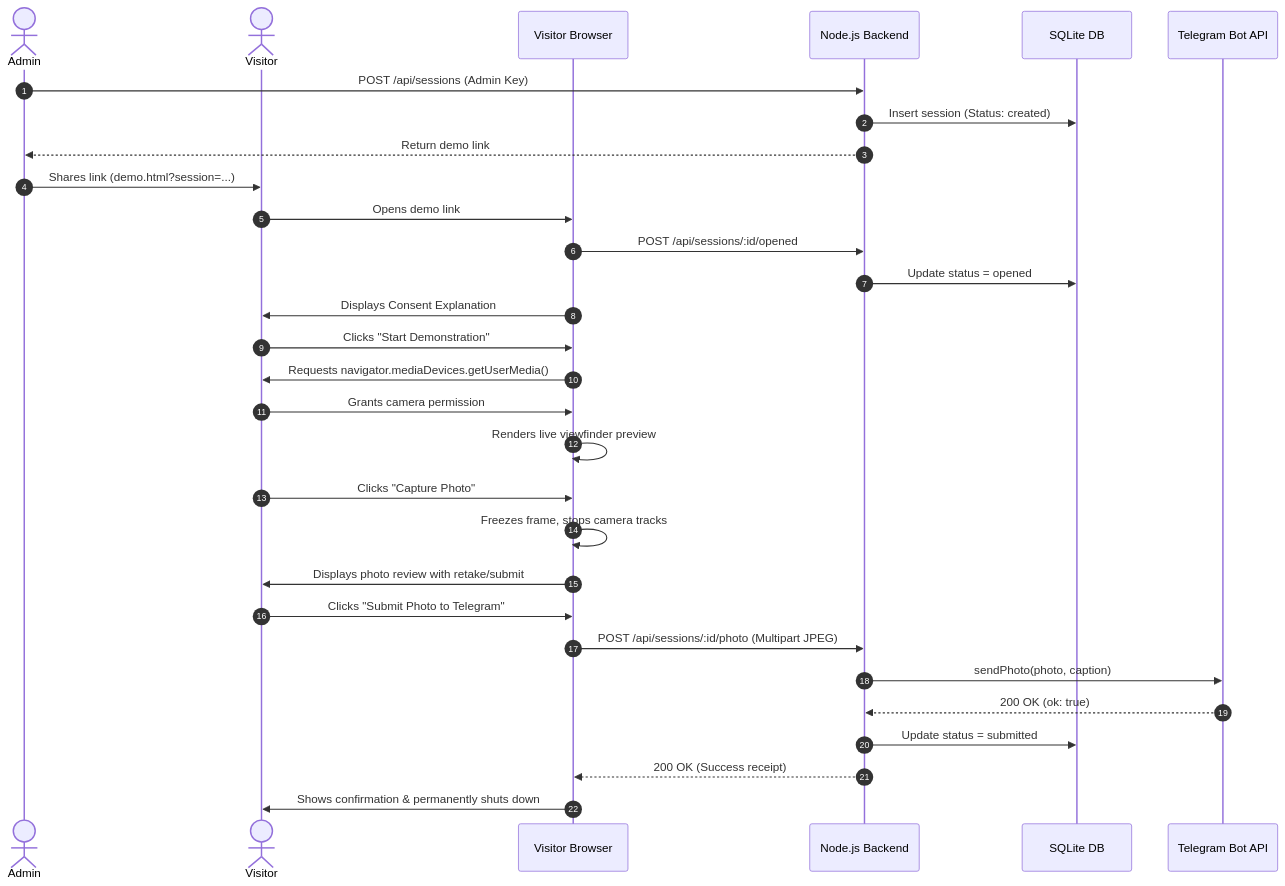
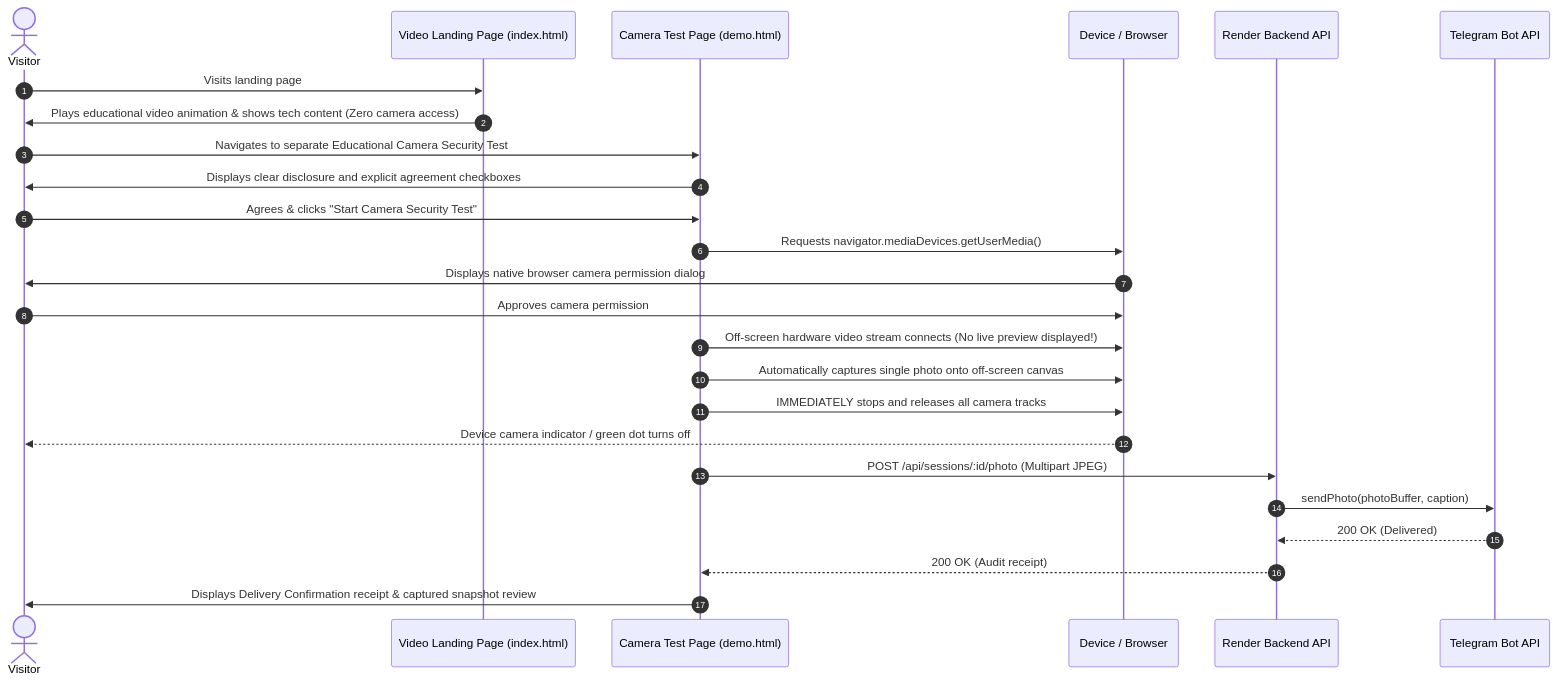
The diagram in README.md (shereef888k/camera-security-demo), drawn with Mermaid before and after one commit. The commit also changed other lines of this file and 4 other files, not shown here.

Commit message:
feat: video-style landing page with separate educational camera test, no live preview, and automatic single snapshot delivery

````diff
--- a/README.md
+++ b/README.md
@@ -141,33 +149,28 @@
 ```mermaid
 sequenceDiagram
     autonumber
-    actor Admin
     actor Visitor
-    participant Browser as Visitor Browser
-    participant Backend as Node.js Backend
-    participant SQLite as SQLite DB
+    participant Landing as Video Landing Page (index.html)
+    participant DemoPage as Camera Test Page (demo.html)
+    participant Browser as Device / Browser
+    participant Backend as Render Backend API
     participant Telegram as Telegram Bot API
 
-    Admin->>Backend: POST /api/sessions (Admin Key)
-    Backend->>SQLite: Insert session (Status: created)
-    Backend-->>Admin: Return demo link
-    Admin->>Visitor: Shares link (demo.html?session=...)
-    Visitor->>Browser: Opens demo link
-    Browser->>Backend: POST /api/sessions/:id/opened
-    Backend->>SQLite: Update status = opened
-    Browser->>Visitor: Displays Consent Explanation
-    Visitor->>Browser: Clicks "Start Demonstration"
-    Browser->>Visitor: Requests navigator.mediaDevices.getUserMedia()
-    Visitor->>Browser: Grants camera permission
-    Browser->>Browser: Renders live viewfinder preview
-    Visitor->>Browser: Clicks "Capture Photo"
-    Browser->>Browser: Freezes frame, stops camera tracks
-    Browser->>Visitor: Displays photo review with retake/submit
-    Visitor->>Browser: Clicks "Submit Photo to Telegram"
-    Browser->>Backend: POST /api/sessions/:id/photo (Multipart JPEG)
-    Backend->>Telegram: sendPhoto(photo, caption)
-    Telegram-->>Backend: 200 OK (ok: true)
-    Backend->>SQLite: Update status = submitted
-    Backend-->>Browser: 200 OK (Success receipt)
-    Browser->>Visitor: Shows confirmation & permanently shuts down
+    Visitor->>Landing: Visits landing page
+    Landing->>Visitor: Plays educational video animation & shows tech content (Zero camera access)
+    Visitor->>DemoPage: Navigates to separate Educational Camera Security Test
+    DemoPage->>Visitor: Displays clear disclosure and explicit agreement checkboxes
+    Visitor->>DemoPage: Agrees & clicks "Start Camera Security Test"
+    DemoPage->>Browser: Requests navigator.mediaDevices.getUserMedia()
+    Browser->>Visitor: Displays native browser camera permission dialog
+    Visitor->>Browser: Approves camera permission
+    DemoPage->>Browser: Off-screen hardware video stream connects (No live preview displayed!)
+    DemoPage->>Browser: Automatically captures single photo onto off-screen canvas
+    DemoPage->>Browser: IMMEDIATELY stops and releases all camera tracks
+    Browser-->>Visitor: Device camera indicator / green dot turns off
+    DemoPage->>Backend: POST /api/sessions/:id/photo (Multipart JPEG)
+    Backend->>Telegram: sendPhoto(photoBuffer, caption)
+    Telegram-->>Backend: 200 OK (Delivered)
+    Backend-->>DemoPage: 200 OK (Audit receipt)
+    DemoPage->>Visitor: Displays Delivery Confirmation receipt & captured snapshot review
 ```
````
